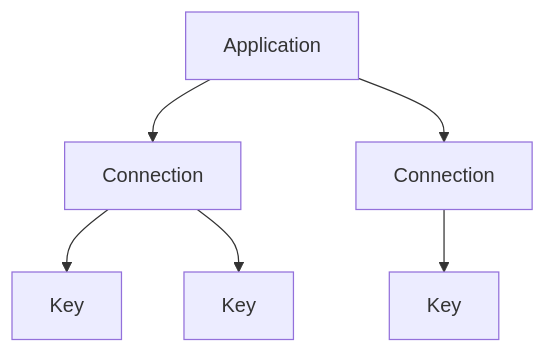
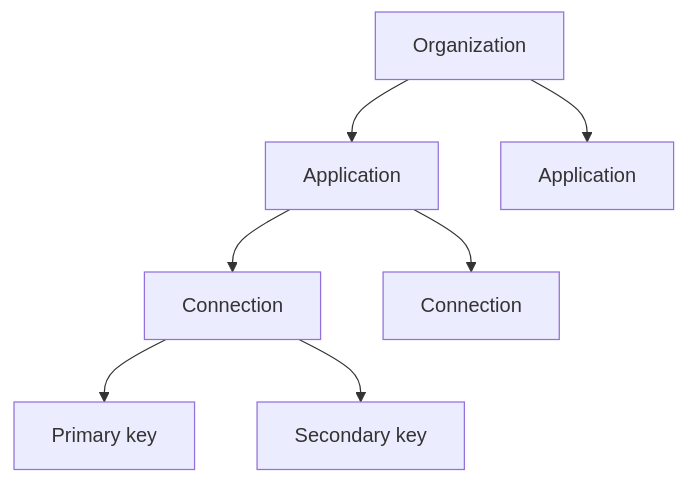
The diagram in concepts/applications-connections-keys.mdx (hicap-oss/docs), drawn with Mermaid before and after one commit. The commit also changed other lines of this file and 1 other file, not shown here.

````diff
--- a/concepts/applications-connections-keys.mdx
+++ b/concepts/applications-connections-keys.mdx
@@ -11,8 +11,9 @@
 ```mermaid
 graph TD
-  A[Application] --> C1[Connection]
-  A --> C2[Connection]
-  C1 --> K1[Key]
-  C1 --> K2[Key]
-  C2 --> K3[Key]
+  O[Organization] --> A1[Application]
+  O --> A2[Application]
+  A1 --> C1[Connection]
+  A1 --> C2[Connection]
+  C1 --> K1[Primary key]
+  C1 --> K2[Secondary key]
 ```
````
